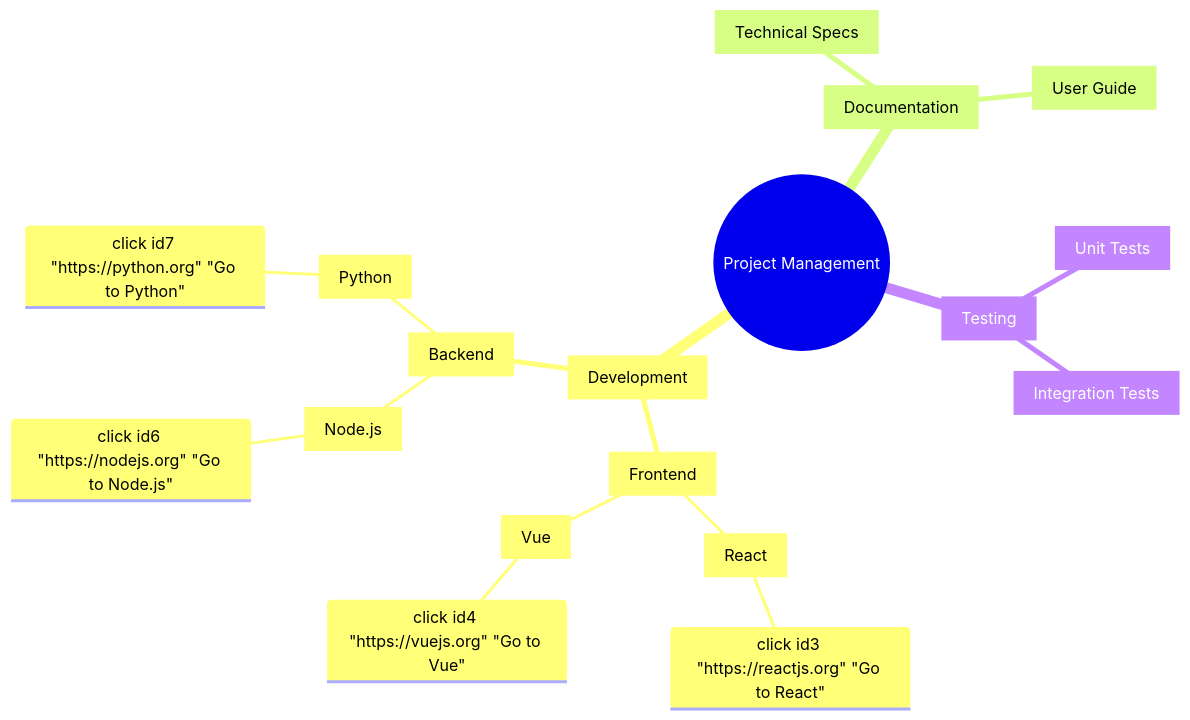
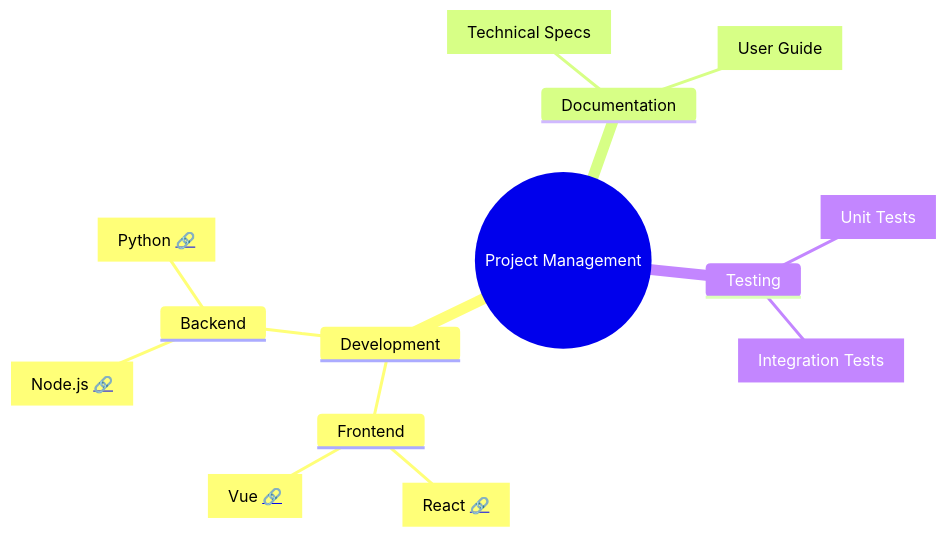
Before and after one commit to axmakarov/datalytics: the diagram in sample_graph.md, drawn with Mermaid.

````diff
--- a/sample_graph.md
+++ b/sample_graph.md
@@ -1,21 +1,17 @@
 ```mermaid
 mindmap
-  root((Project Management))
-    id1[Development]
-      id2[Frontend]
-        id3[React]
-          click id3 "https://reactjs.org" "Go to React"
-        id4[Vue]
-          click id4 "https://vuejs.org" "Go to Vue"
-      id5[Backend]
-        id6[Node.js]
-          click id6 "https://nodejs.org" "Go to Node.js"
-        id7[Python]
-          click id7 "https://python.org" "Go to Python"
-    id8[Documentation]
-      id9[Technical Specs]
-      id10[User Guide]
-    id11[Testing]
-      id12[Unit Tests]
-      id13[Integration Tests]
+    root((Project Management))
+        Development
+            Frontend
+                React[React <a href='https://reactjs.org'>🔗</a>]
+                Vue[Vue <a href='https://vuejs.org'>🔗</a>]
+            Backend
+                NodeJS[Node.js <a href='https://nodejs.org'>🔗</a>]
+                Python[Python <a href='https://python.org'>🔗</a>]
+        Documentation
+            Tech[Technical Specs]
+            Guide[User Guide]
+        Testing
+            Unit[Unit Tests]
+            Integration[Integration Tests]
 ```
````
